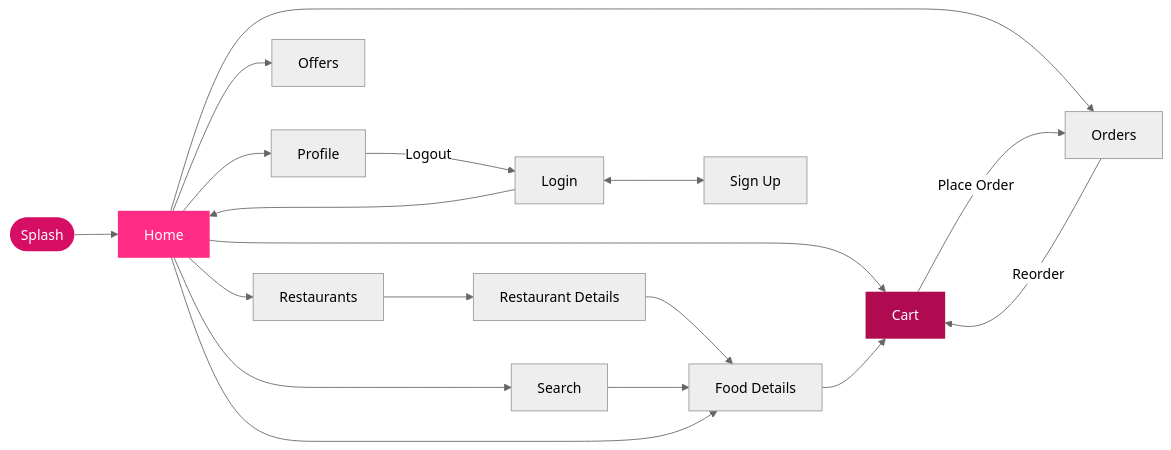
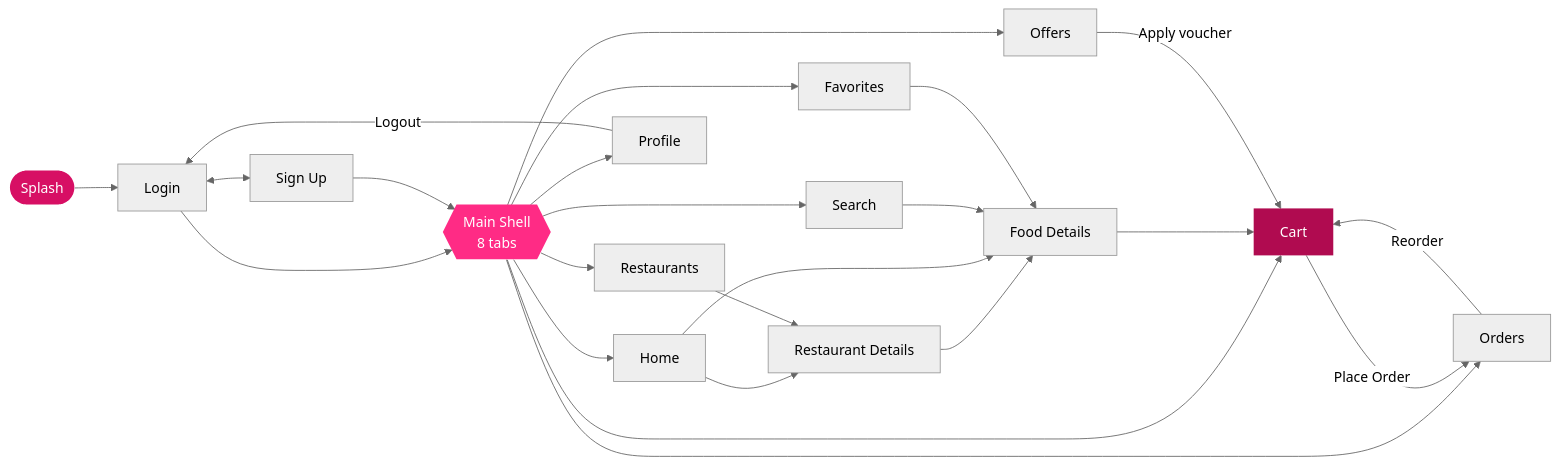
The first of 2 diagrams in README.md (furqanzubair209-cell/mobile-app-development-coursework), drawn with Mermaid (neutral theme) before and after one commit. The commit also changed other lines of this file, not shown here.

````diff
--- a/README.md
+++ b/README.md
@@ -116,24 +132,33 @@
 ```mermaid
 flowchart LR
-    A([Splash]) --> B[Home]
-    B --> C[Restaurants]
-    B --> D[Search]
-    B --> E[Offers]
-    B --> F[Orders]
-    B --> G[Profile]
-    B --> H[Cart]
-    C --> I[Restaurant Details]
-    I --> J[Food Details]
-    D --> J
-    B --> J
-    J --> H
-    H -->|Place Order| F
-    F -->|Reorder| H
-    G -->|Logout| K[Login]
-    K <--> L[Sign Up]
-    K --> B
+    A([Splash]) --> B[Login]
+    B <--> C[Sign Up]
+    B --> D{{Main Shell<br/>8 tabs}}
+    C --> D
+
+    D --> T1[Home]
+    D --> T2[Restaurants]
+    D --> T3[Search]
+    D --> T4[Offers]
+    D --> T5[Cart]
+    D --> T6[Orders]
+    D --> T7[Favorites]
+    D --> T8[Profile]
+
+    T1 --> R[Restaurant Details]
+    T2 --> R
+    R --> F[Food Details]
+    T1 --> F
+    T3 --> F
+    T7 --> F
+    F --> T5
+
+    T4 -->|Apply voucher| T5
+    T5 -->|Place Order| T6
+    T6 -->|Reorder| T5
+    T8 -->|Logout| B
 
     style A fill:#D70F64,color:#fff,stroke:none
-    style B fill:#FF2B85,color:#fff,stroke:none
-    style H fill:#B00B50,color:#fff,stroke:none
+    style D fill:#FF2B85,color:#fff,stroke:none
+    style T5 fill:#B00B50,color:#fff,stroke:none
 ```
````
